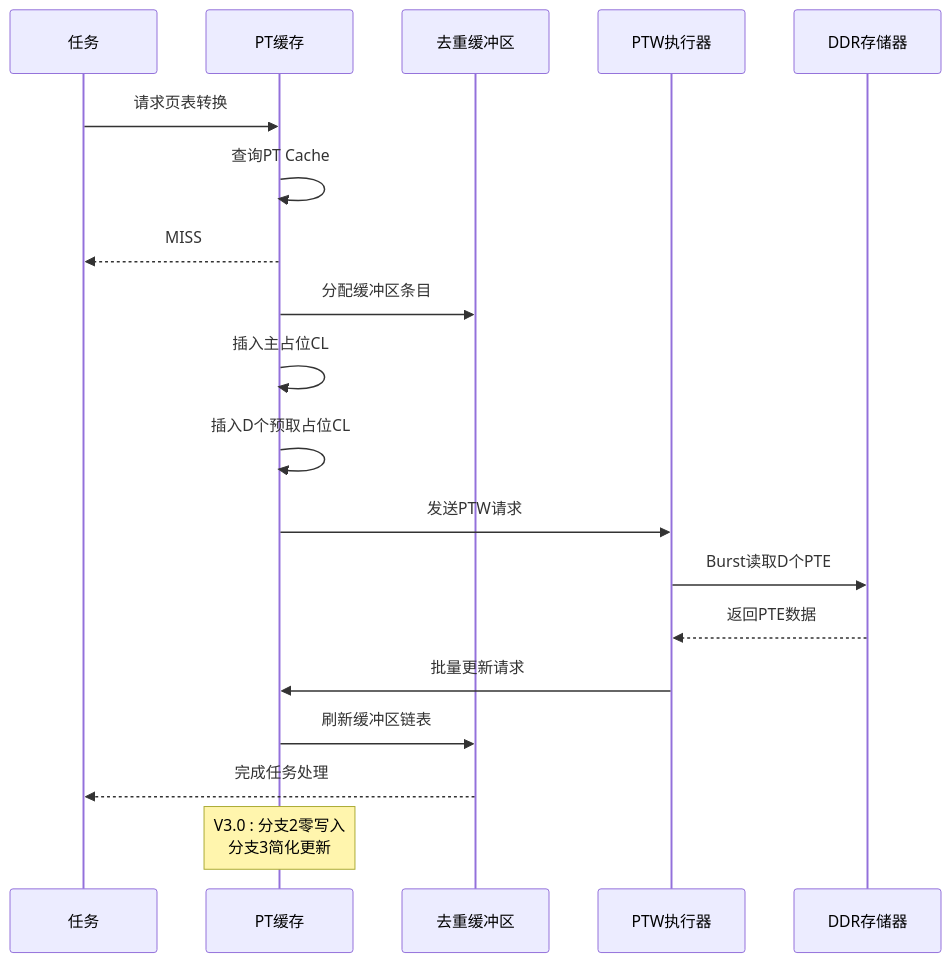
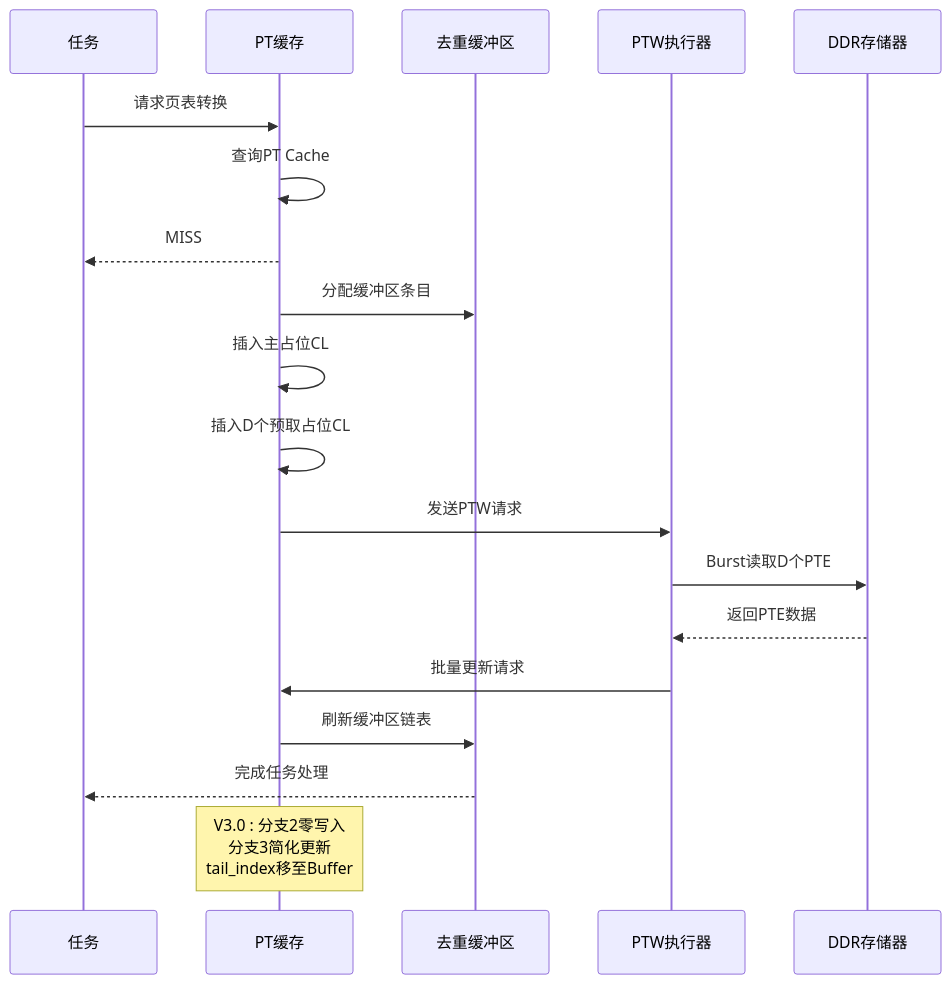
Before and after one commit to jiangjiang1122/iommu_model_20260401_v1: the third of 5 diagrams in .qoder/repowiki/zh/content/测试框架/PT Cache预取测试报告.md, drawn with Mermaid. The commit also changed other lines of this file and 6 other files, not shown here.

````diff
--- a/.qoder/repowiki/zh/content/测试框架/PT Cache预取测试报告.md
+++ b/.qoder/repowiki/zh/content/测试框架/PT Cache预取测试报告.md
@@ -175,21 +195,21 @@
 ```mermaid
 sequenceDiagram
 participant Task as 任务
 participant Cache as PT缓存
 participant Buffer as 去重缓冲区
 participant PTW as PTW执行器
 participant DDR as DDR存储器
 Task->>Cache : 请求页表转换
 Cache->>Cache : 查询PT Cache
 Cache-->>Task : MISS
 Cache->>Buffer : 分配缓冲区条目
 Cache->>Cache : 插入主占位CL
 Cache->>Cache : 插入D个预取占位CL
 Cache->>PTW : 发送PTW请求
 PTW->>DDR : Burst读取D个PTE
 DDR-->>PTW : 返回PTE数据
 PTW->>Cache : 批量更新请求
 Cache->>Buffer : 刷新缓冲区链表
 Buffer-->>Task : 完成任务处理
-Note over Cache : V3.0 : 分支2零写入<br/>分支3简化更新
+Note over Cache : V3.0 : 分支2零写入<br/>分支3简化更新<br/>tail_index移至Buffer
 ```
````
